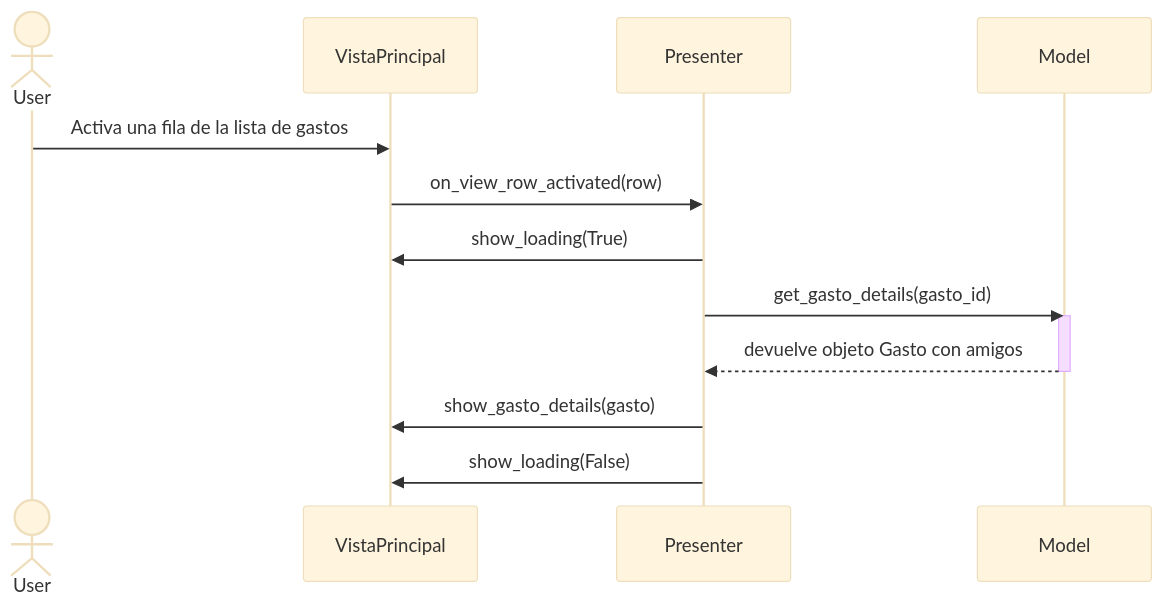
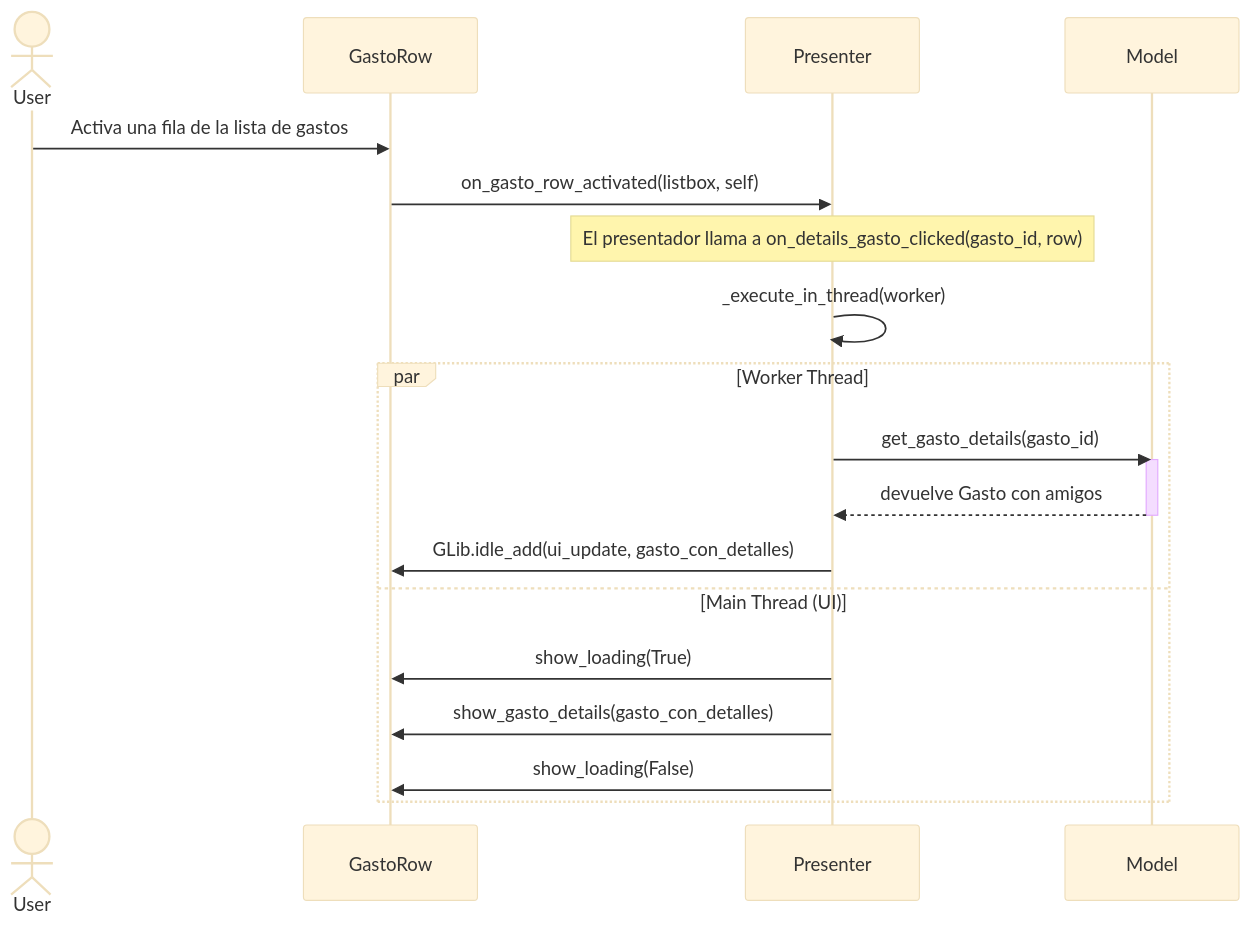
The third of 8 diagrams in diseño_sw.md (pablofernandezz/hmi-desktop-app), drawn with Mermaid (base theme) before and after one commit. The commit also changed other lines of this file, not shown here.

Commit message:
Diagramas actualizados después de la correción del diseño

````diff
--- a/diseño_sw.md
+++ b/diseño_sw.md
@@ -151,20 +209,26 @@
 ```mermaid
 sequenceDiagram
     actor User
-    participant VistaPrincipal
+    participant GastoRow
     participant Presenter
     participant Model
 
-    User->>VistaPrincipal: Activa una fila de la lista de gastos
-    VistaPrincipal->>Presenter: on_view_row_activated(row)
+    User->>GastoRow: Activa una fila de la lista de gastos
+    GastoRow->>Presenter: on_gasto_row_activated(listbox, self)
+    Note over Presenter: El presentador llama a on_details_gasto_clicked(gasto_id, row)
 
-    Presenter->>VistaPrincipal: show_loading(True)
-
-    Presenter->>Model: get_gasto_details(gasto_id)
-    activate Model
-    Model-->>Presenter: devuelve objeto Gasto con amigos
-    deactivate Model
-
-    Presenter->>VistaPrincipal: show_gasto_details(gasto)
-    Presenter->>VistaPrincipal: show_loading(False)
+    Presenter->>Presenter: _execute_in_thread(worker)
+    
+    par Worker Thread
+        Presenter->>Model: get_gasto_details(gasto_id)
+        activate Model
+        Model-->>Presenter: devuelve Gasto con amigos
+        deactivate Model
+        
+        Presenter->>GastoRow: GLib.idle_add(ui_update, gasto_con_detalles)
+    and Main Thread (UI)
+        Presenter->>GastoRow: show_loading(True)
+        Presenter->>GastoRow: show_gasto_details(gasto_con_detalles)
+        Presenter->>GastoRow: show_loading(False)
+    end
 ```
````
